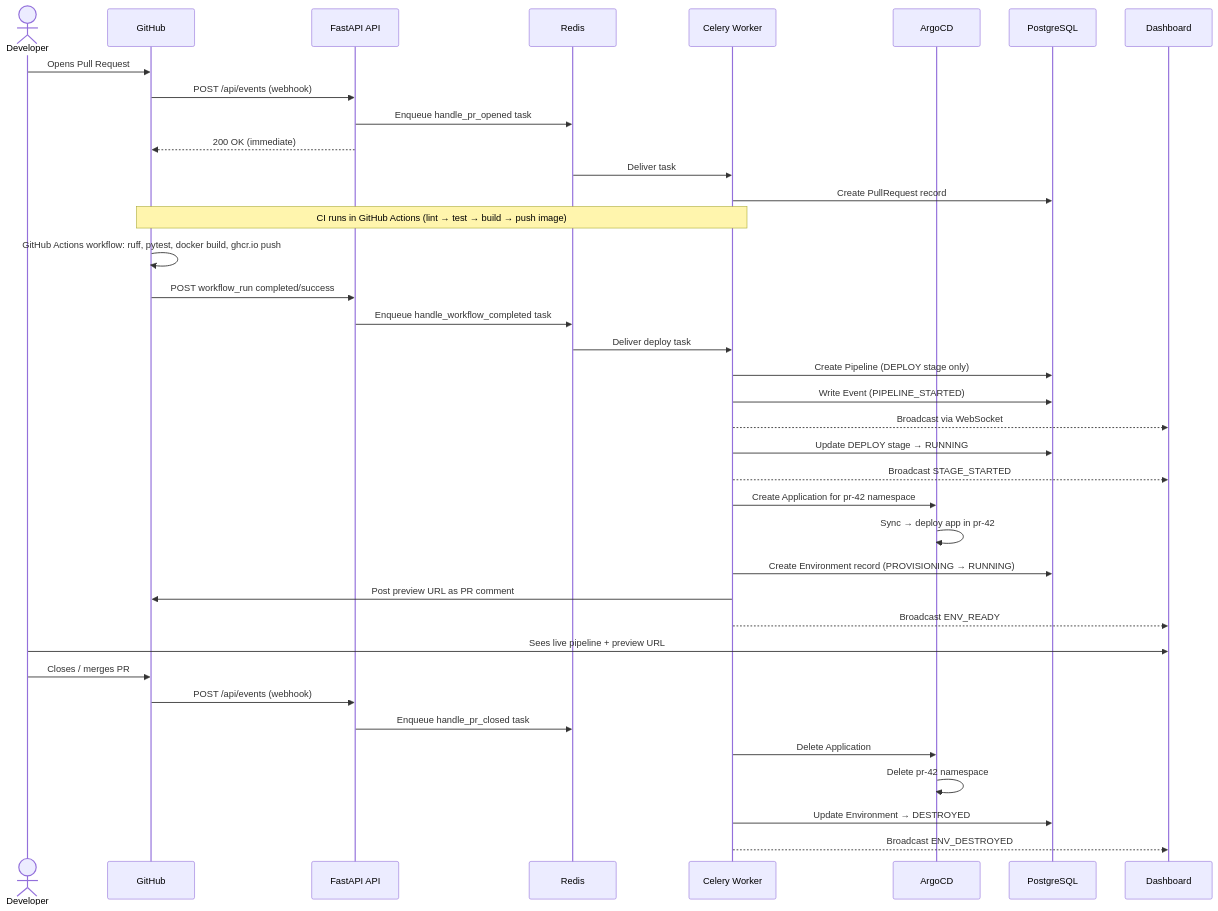
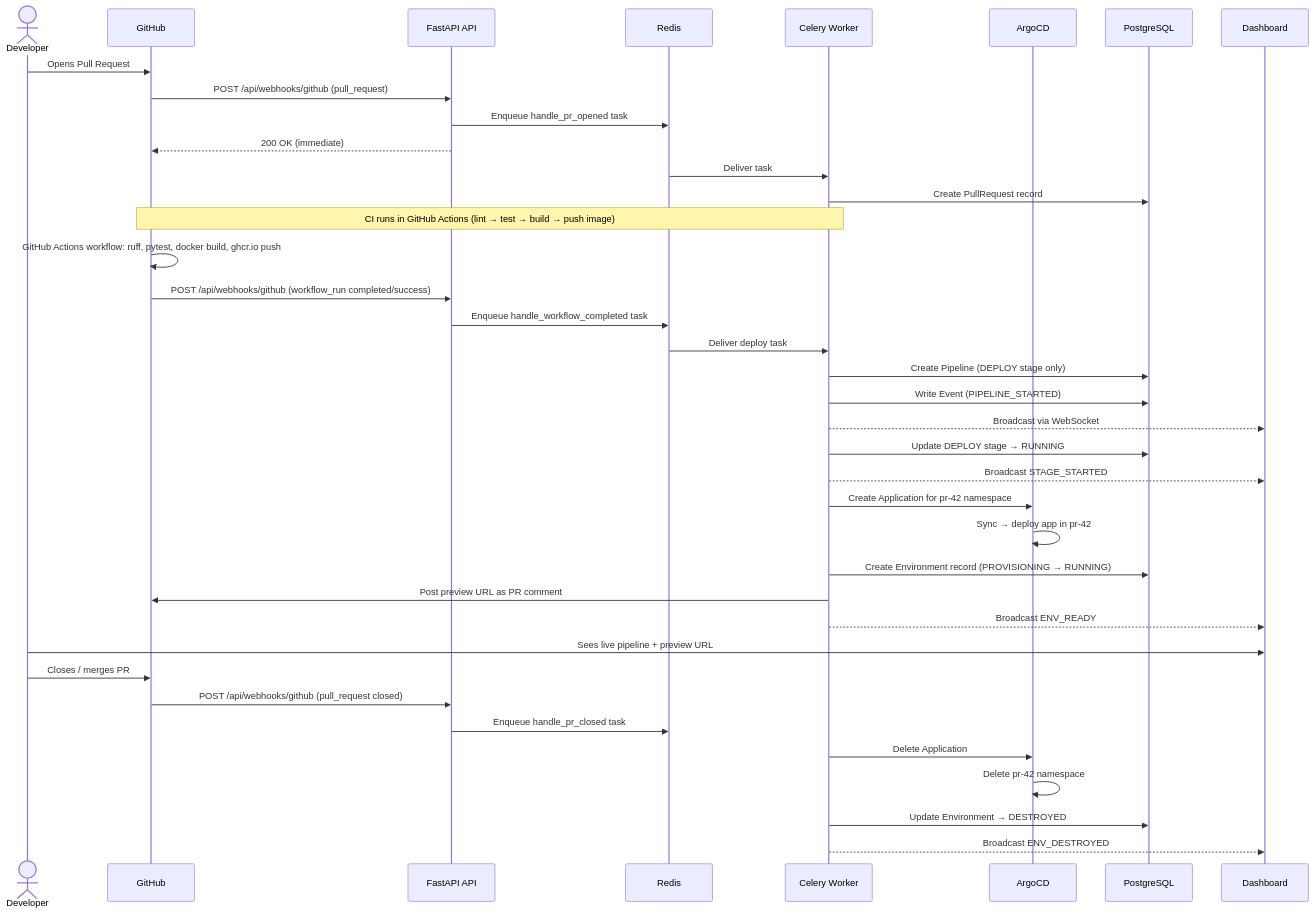
The second of 4 diagrams in README.md (robin-replat/SnapEnv), drawn with Mermaid before and after one commit. The commit also changed other lines of this file, not shown here.

Commit message:
docs: update project status and clarify GitHub webhook interactions

````diff
--- a/README.md
+++ b/README.md
@@ -86,45 +88,45 @@
 ```mermaid
 sequenceDiagram
     actor Dev as Developer
     participant GH as GitHub
     participant API as FastAPI API
     participant Redis
     participant Worker as Celery Worker
     participant ArgoCD
     participant DB as PostgreSQL
     participant Dash as Dashboard
 
     Dev->>GH: Opens Pull Request
-    GH->>API: POST /api/events (webhook)
+    GH->>API: POST /api/webhooks/github (pull_request)
     API->>Redis: Enqueue handle_pr_opened task
     API-->>GH: 200 OK (immediate)
     Redis->>Worker: Deliver task
     Worker->>DB: Create PullRequest record
 
     Note over GH,Worker: CI runs in GitHub Actions (lint → test → build → push image)
     GH->>GH: GitHub Actions workflow: ruff, pytest, docker build, ghcr.io push
-    GH->>API: POST workflow_run completed/success
+    GH->>API: POST /api/webhooks/github (workflow_run completed/success)
     API->>Redis: Enqueue handle_workflow_completed task
     Redis->>Worker: Deliver deploy task
 
     Worker->>DB: Create Pipeline (DEPLOY stage only)
     Worker->>DB: Write Event (PIPELINE_STARTED)
     Worker-->>Dash: Broadcast via WebSocket
 
     Worker->>DB: Update DEPLOY stage → RUNNING
     Worker-->>Dash: Broadcast STAGE_STARTED
     Worker->>ArgoCD: Create Application for pr-42 namespace
     ArgoCD->>ArgoCD: Sync → deploy app in pr-42
     Worker->>DB: Create Environment record (PROVISIONING → RUNNING)
     Worker->>GH: Post preview URL as PR comment
     Worker-->>Dash: Broadcast ENV_READY
 
     Dev->>Dash: Sees live pipeline + preview URL
     Dev->>GH: Closes / merges PR
-    GH->>API: POST /api/events (webhook)
+    GH->>API: POST /api/webhooks/github (pull_request closed)
     API->>Redis: Enqueue handle_pr_closed task
     Worker->>ArgoCD: Delete Application
     ArgoCD->>ArgoCD: Delete pr-42 namespace
     Worker->>DB: Update Environment → DESTROYED
     Worker-->>Dash: Broadcast ENV_DESTROYED
 ```
````
